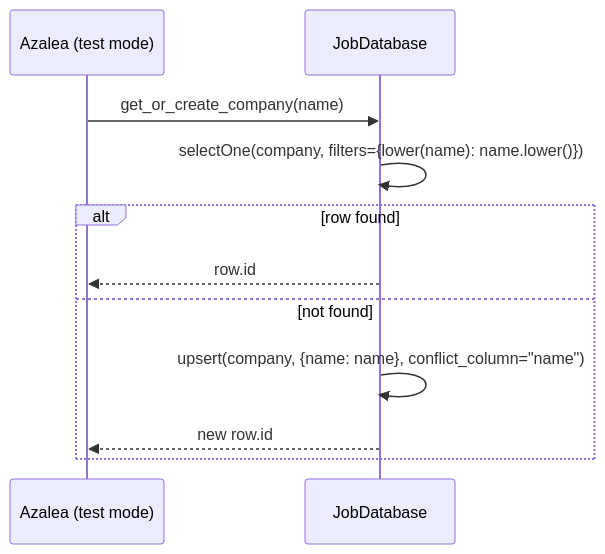
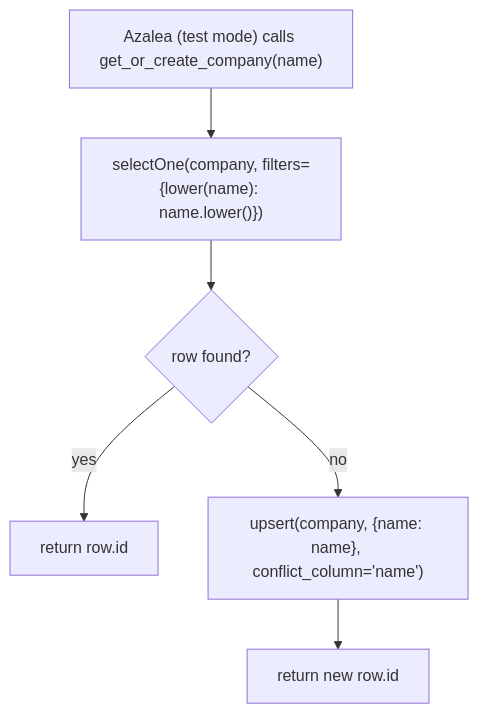
Before and after one commit to AustinDwomoh/libra: the second of 3 diagrams in docs/diagrams/db_seq.md, drawn with Mermaid. The commit also changed other lines of this file and 17 other files, not shown here.

First line of the commit message:
Convert Mermaid sequences to flowcharts

````diff
--- a/docs/diagrams/db_seq.md
+++ b/docs/diagrams/db_seq.md
@@ -22,15 +13,9 @@
 ```mermaid
-%% sequenceDiagram — get_or_create_company (new)
-sequenceDiagram
-    participant Caller as Azalea (test mode)
-    participant DB as JobDatabase
-
-    Caller->>DB: get_or_create_company(name)
-    DB->>DB: selectOne(company, filters={lower(name): name.lower()})
-    alt row found
-        DB-->>Caller: row.id
-    else not found
-        DB->>DB: upsert(company, {name: name}, conflict_column="name")
-        DB-->>Caller: new row.id
-    end
+%% flowchart — get_or_create_company (new)
+flowchart TD
+    A["Azalea (test mode) calls get_or_create_company(name)"] --> B["selectOne(company, filters={lower(name): name.lower()})"]
+    B --> C{row found?}
+    C -->|yes| D[return row.id]
+    C -->|no| E["upsert(company, {name: name}, conflict_column='name')"]
+    E --> F[return new row.id]
 ```
````
